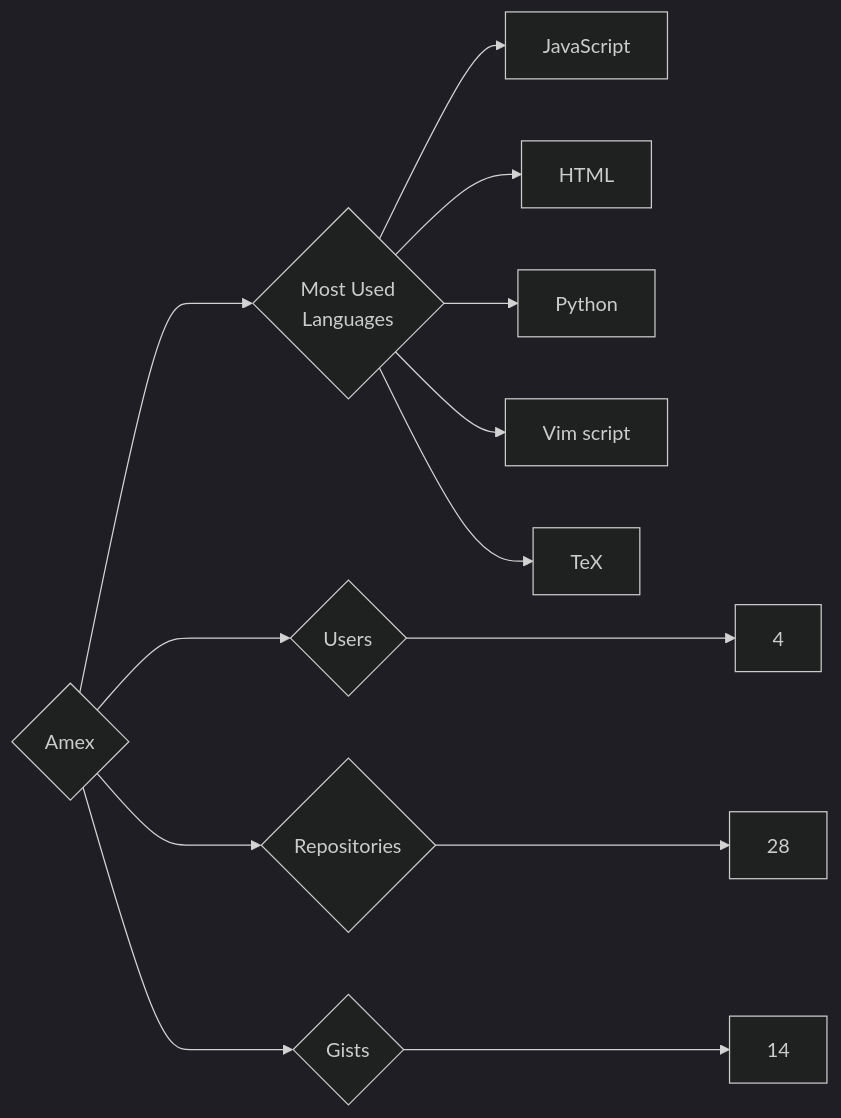
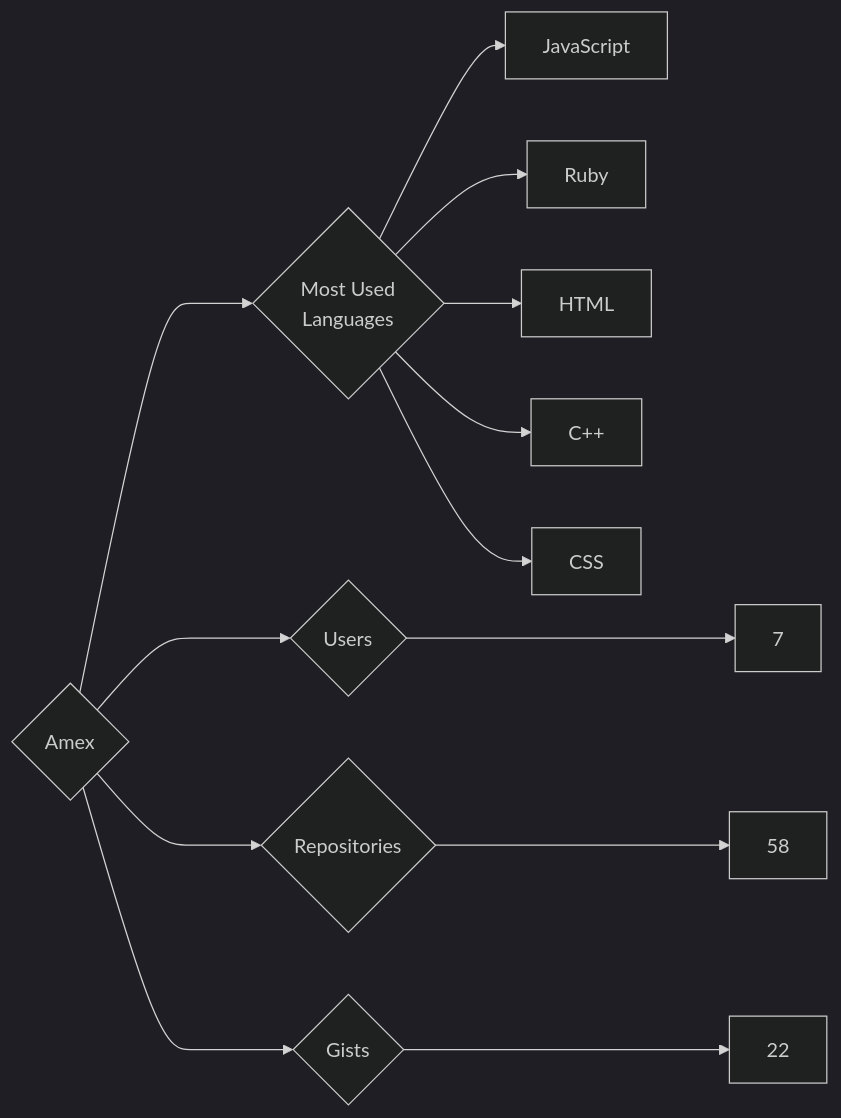
One commit to trickest/insiders changed the diagram in targets/Amex/README.md. Above: the diagram before and after it, drawn with Mermaid (dark theme). The commit also changed 610 other files, not shown here.

````diff
--- a/targets/Amex/README.md
+++ b/targets/Amex/README.md
@@ -3,13 +3,13 @@
 ```mermaid
 graph LR
 COMPANY_NAME{Amex}
-COMPANY_NAME ---> U{Users} ---> UN[4]
-COMPANY_NAME ---> R{Repositories} ---> RN[28]
-COMPANY_NAME ---> G{Gists} ---> GN[14]
+COMPANY_NAME ---> U{Users} ---> UN[7]
+COMPANY_NAME ---> R{Repositories} ---> RN[58]
+COMPANY_NAME ---> G{Gists} ---> GN[22]
 COMPANY_NAME ---> ML{Most Used<br>Languages}
 ML --> JavaScript[JavaScript]
+ML --> Ruby[Ruby]
 ML --> HTML[HTML]
-ML --> Python[Python]
-ML --> Vim_script[Vim script]
-ML --> TeX[TeX]
+ML --> C++[C++]
+ML --> CSS[CSS]
 ```
````
